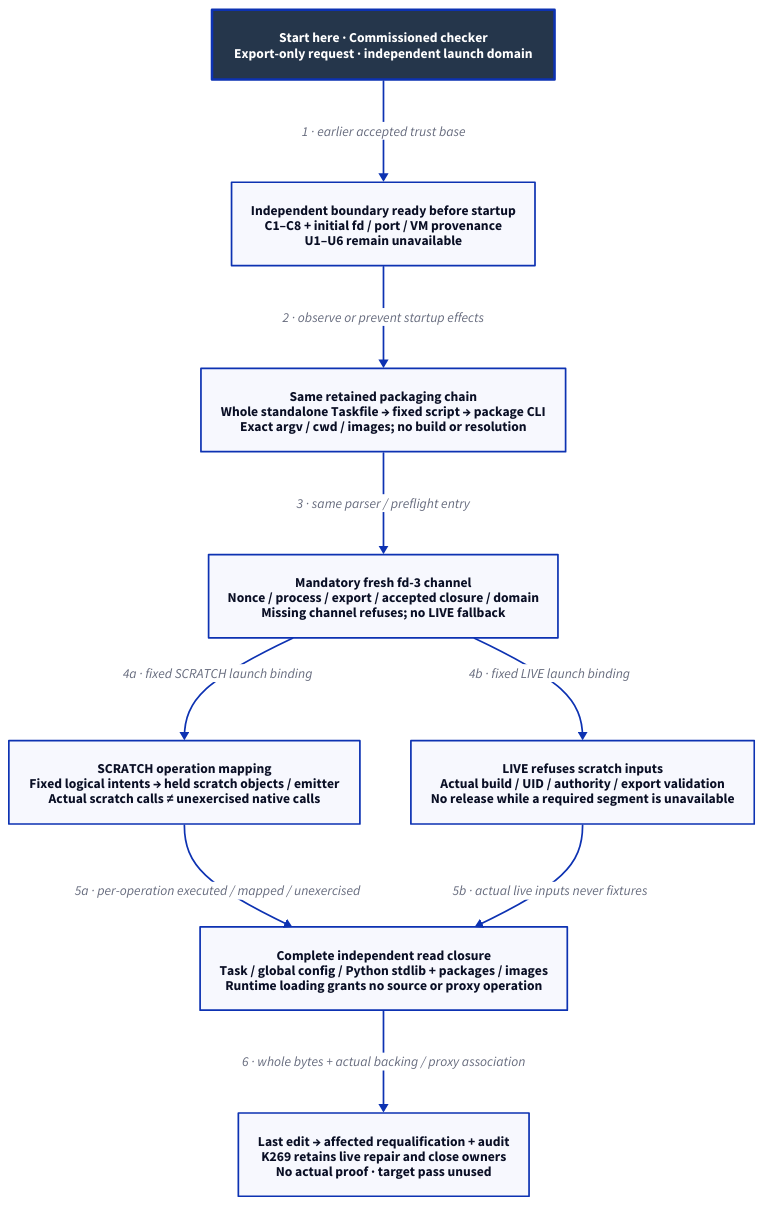
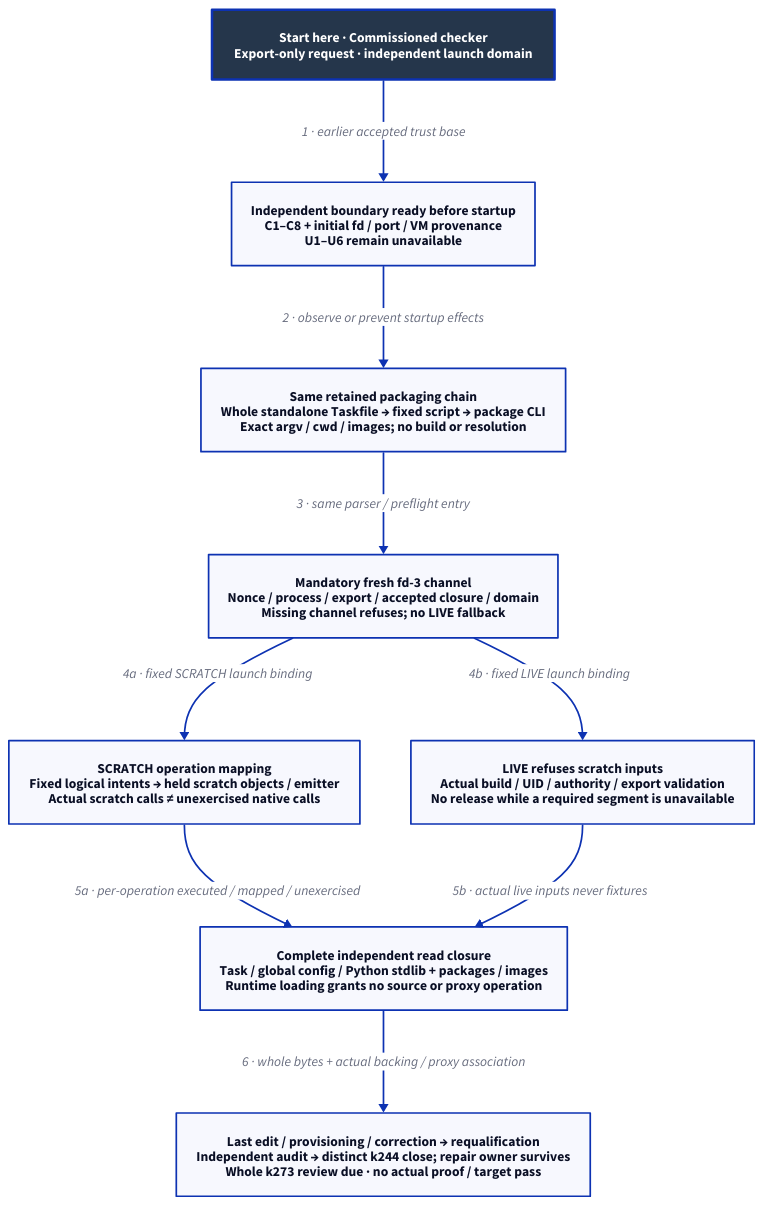
The diagram in docs/design/architecture/native-reference-packaging.d2 (Linkuistics/Koine), drawn with D2 before and after one commit. The commit also changed 48 other files, not shown here.

```diff
--- a/docs/design/architecture/native-reference-packaging.d2
+++ b/docs/design/architecture/native-reference-packaging.d2
@@ -1,21 +1,21 @@
 # Proposed retained launch/read boundary; no task, channel or runtime is qualified.
 direction: down
 classes: {
   start: {style: {fill: "#25364B"; font-color: "#FFFFFF"; bold: true; stroke-width: 3}}
 }
 Start: "Start here · Commissioned checker\nExport-only request · independent launch domain" {class: start}
 Ready: "Independent boundary ready before startup\nC1–C8 + initial fd / port / VM provenance\nU1–U6 remain unavailable"
 Task: "Same retained packaging chain\nWhole standalone Taskfile → fixed script → package CLI\nExact argv / cwd / images; no build or resolution"
 Channel: "Mandatory fresh fd-3 channel\nNonce / process / export / accepted closure / domain\nMissing channel refuses; no LIVE fallback"
 Scratch: "SCRATCH operation mapping\nFixed logical intents → held scratch objects / emitter\nActual scratch calls ≠ unexercised native calls"
 Live: "LIVE refuses scratch inputs\nActual build / UID / authority / export validation\nNo release while a required segment is unavailable"
 Closure: "Complete independent read closure\nTask / global config / Python stdlib + packages / images\nRuntime loading grants no source or proxy operation"
-Final: "Last edit → affected requalification + audit\nK269 retains live repair and close owners\nNo actual proof · target pass unused"
+Final: "Last edit / provisioning / correction → requalification\nIndependent audit → distinct k244 close; repair owner survives\nWhole k273 review due · no actual proof / target pass"
 Start -> Ready: "1 · earlier accepted trust base"
 Ready -> Task: "2 · observe or prevent startup effects"
 Task -> Channel: "3 · same parser / preflight entry"
 Channel -> Scratch: "4a · fixed SCRATCH launch binding"
 Channel -> Live: "4b · fixed LIVE launch binding"
 Scratch -> Closure: "5a · per-operation executed / mapped / unexercised"
 Live -> Closure: "5b · actual live inputs never fixtures"
 Closure -> Final: "6 · whole bytes + actual backing / proxy association"
```
